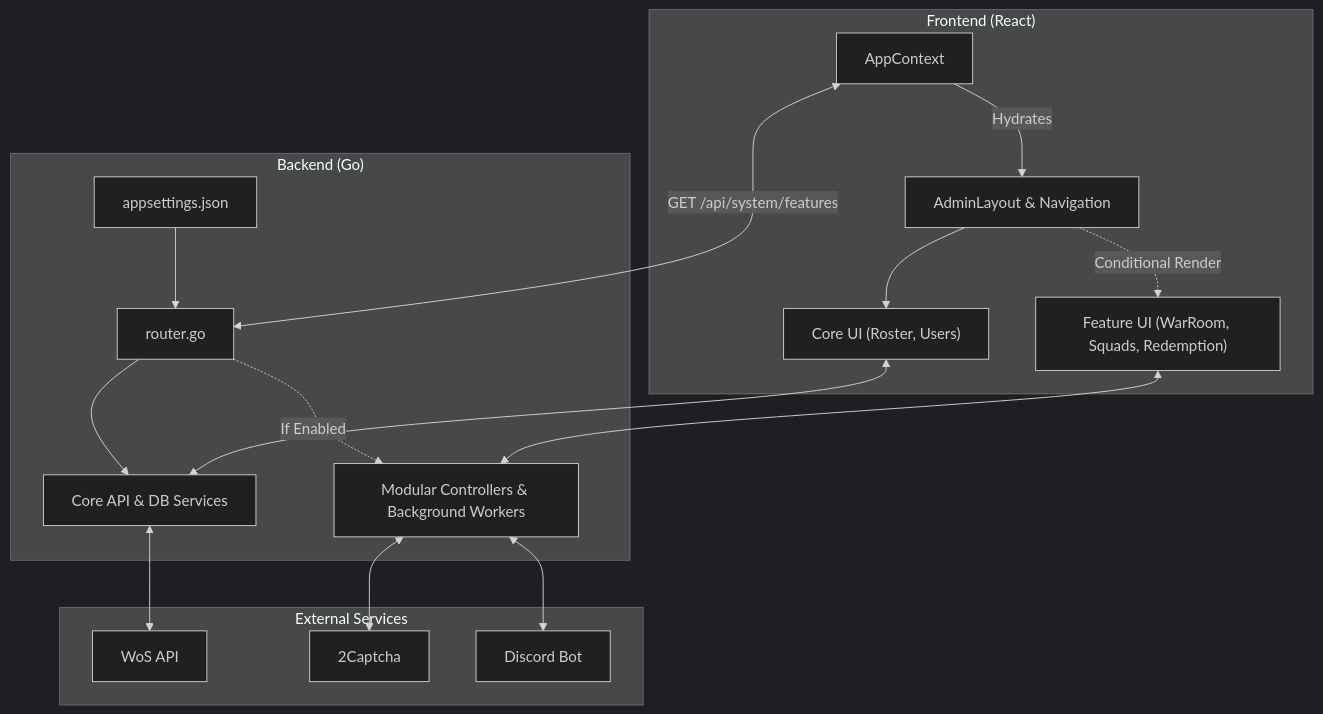
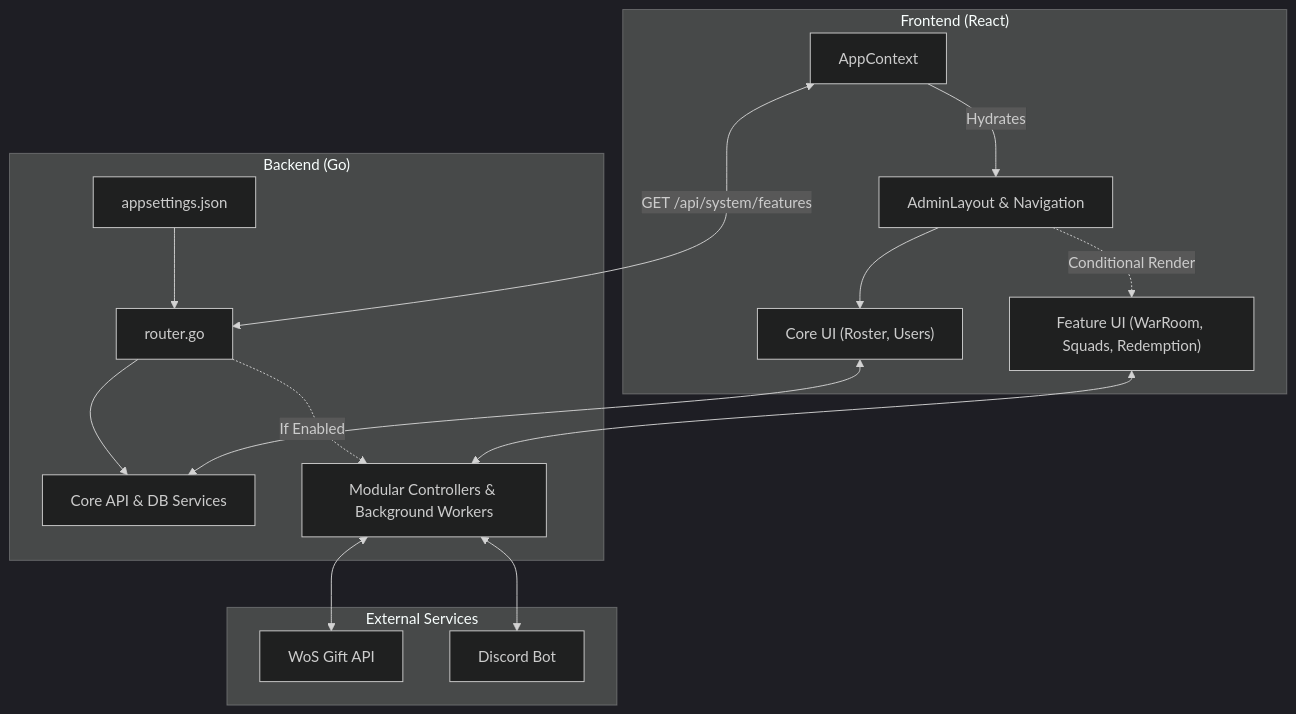
One commit to encho-petrov/wosdashboard changed the diagram in README.md. Above: the diagram before and after it, drawn with Mermaid (dark theme). The commit also changed other lines of this file and 41 other files, not shown here.

````diff
--- a/README.md
+++ b/README.md
@@ -60,32 +60,30 @@
 ```mermaid
 graph TD
     subgraph Frontend ["Frontend (React)"]
         AC[AppContext] -->|Hydrates| AL[AdminLayout & Navigation]
         CoreUI["Core UI (Roster, Users)"]
         FeatureUI["Feature UI (WarRoom, Squads, Redemption)"]
         AL --> CoreUI
         AL -.->|Conditional Render| FeatureUI
     end
 
     subgraph Backend ["Backend (Go)"]
         Config[appsettings.json] --> Router[router.go]
         CoreAPI["Core API & DB Services"]
         ModCtrl["Modular Controllers & Background Workers"]
         Router --> CoreAPI
         Router -.->|If Enabled| ModCtrl
     end
 
     subgraph ExtServices ["External Services"]
-        GameAPI[WoS API]
-        CaptchaAPI[2Captcha]
+        GameAPI[WoS Gift API]
         DiscordAPI[Discord Bot]
     end
 
     AC <-->|GET /api/system/features| Router
     FeatureUI <--> ModCtrl
     CoreUI <--> CoreAPI
     
-    CoreAPI <--> GameAPI
-    ModCtrl <--> CaptchaAPI
+    ModCtrl <--> GameAPI
     ModCtrl <--> DiscordAPI
 ```
````
